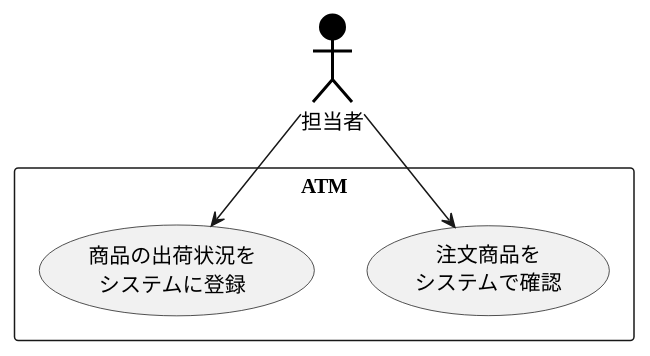
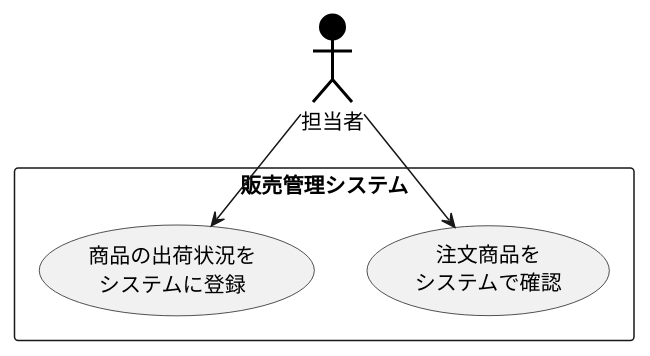
Before and after one commit to IshiYoshi765/uml-introduction: the diagram in 演習2-5_盛岡商事_販売管理システム.pu, drawn with PlantUML. The commit also changed 1 other file, not shown here.

```diff
--- a/演習2-5_盛岡商事_販売管理システム.pu
+++ b/演習2-5_盛岡商事_販売管理システム.pu
@@ -1,9 +1,9 @@
 @startuml ユースケース図
 actor 担当者 #000000;line:black;line.bold;
-rectangle  ATM {
+rectangle  販売管理システム {
 usecase (注文商品を\nシステムで確認) as confirm
 usecase (商品の出荷状況を\nシステムに登録) as input
 }
 担当者 --> confirm
 担当者 --> input
 @enduml
```
